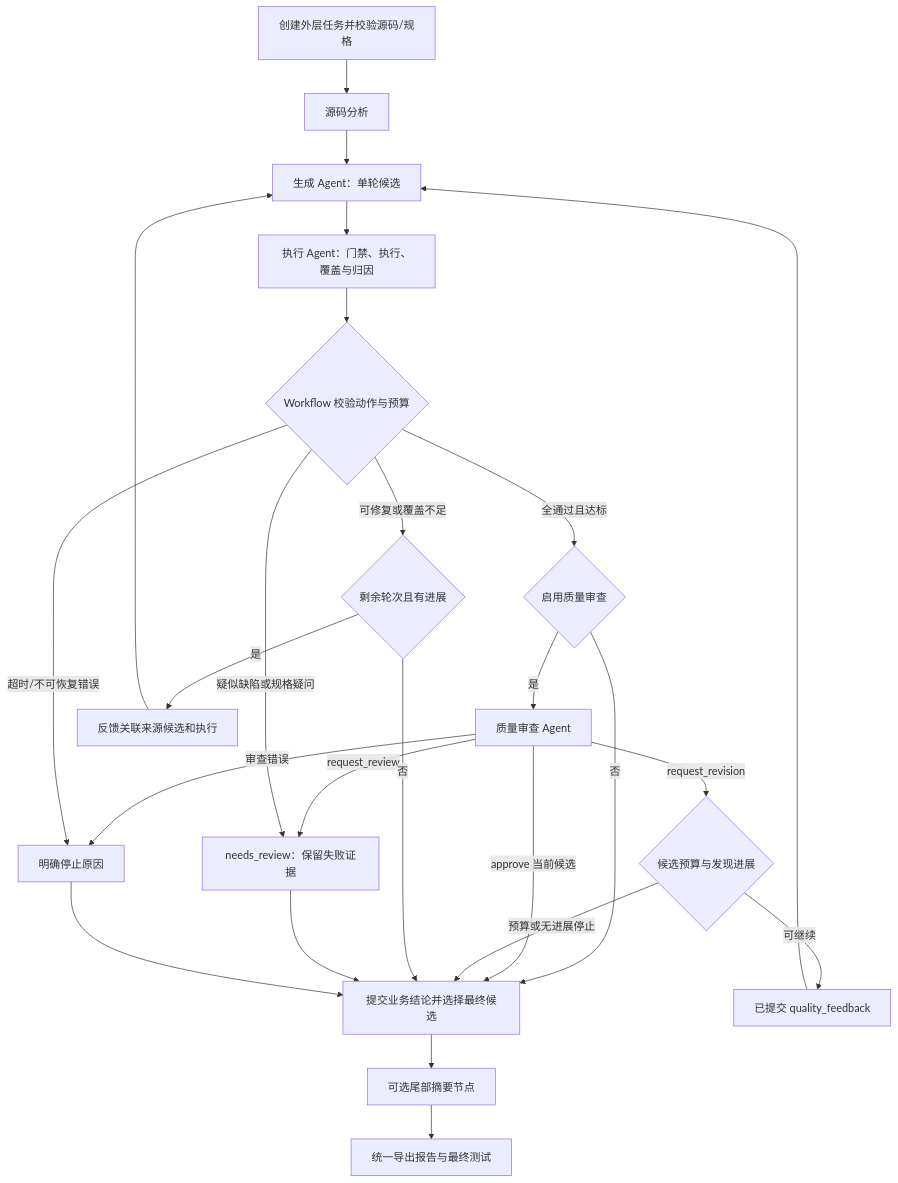
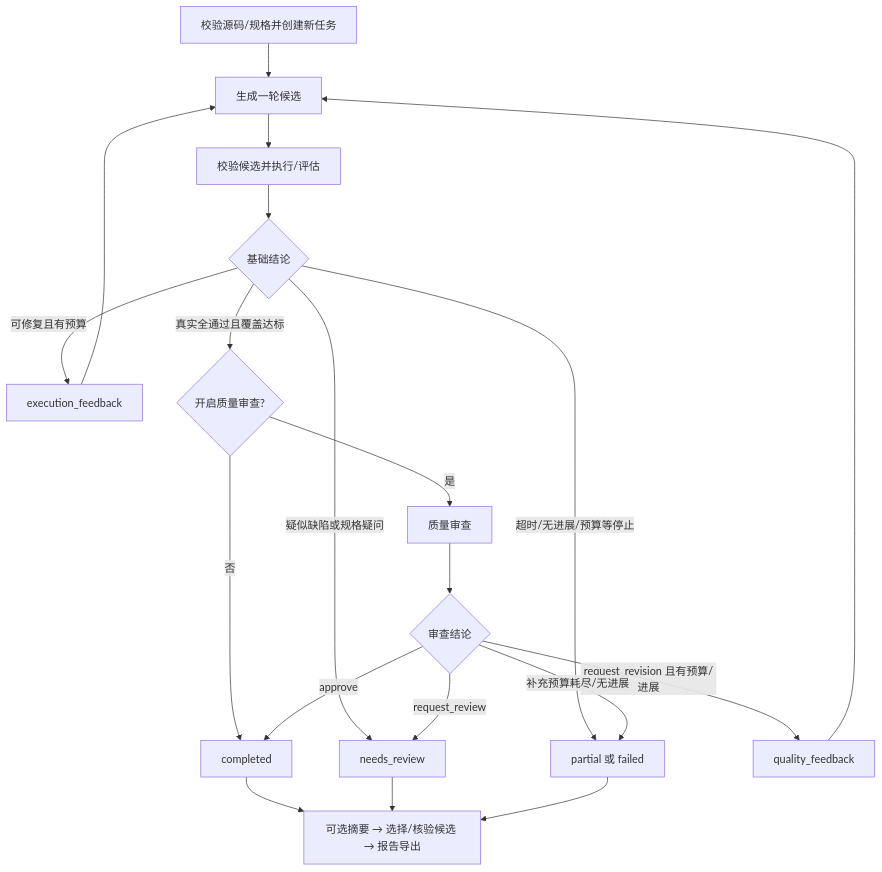
The second of 2 diagrams in Design.md (ZHZ1111/Workflow), drawn with Mermaid before and after one commit. The commit also changed other lines of this file and 82 other files, not shown here.

````diff
--- a/Design.md
+++ b/Design.md
@@ -38,27 +35,22 @@
 ```mermaid
 flowchart TD
-    I[创建外层任务并校验源码/规格] --> A[源码分析]
-    A --> G[生成 Agent：单轮候选]
-    G --> E[执行 Agent：门禁、执行、覆盖与归因]
-    E --> D{Workflow 校验动作与预算}
-    D -->|全通过且达标| EN{启用质量审查}
-    EN -->|否| R[提交业务结论并选择最终候选]
-    EN -->|是| Q[质量审查 Agent]
-    Q -->|approve 当前候选| R
-    Q -->|request_revision| QB{候选预算与发现进展}
-    QB -->|可继续| QF[已提交 quality_feedback]
+    I[校验源码/规格并创建新任务] --> G[生成一轮候选]
+    G --> E[校验候选并执行/评估]
+    E --> B{基础结论}
+    B -->|可修复且有预算| F[execution_feedback]
+    F --> G
+    B -->|疑似缺陷或规格疑问| H[needs_review]
+    B -->|超时/无进展/预算等停止| T[partial 或 failed]
+    B -->|真实全通过且覆盖达标| EN{开启质量审查?}
+    EN -->|否| C[completed]
+    EN -->|是| Q[质量审查]
+    Q --> A{审查结论}
+    A -->|approve| C
+    A -->|request_review| H
+    A -->|request_revision 且有预算/进展| QF[quality_feedback]
     QF --> G
-    QB -->|预算或无进展停止| R
-    Q -->|request_review| H
-    Q -->|审查错误| X
-    D -->|可修复或覆盖不足| B{剩余轮次且有进展}
-    B -->|是| F[反馈关联来源候选和执行]
-    F --> G
-    B -->|否| R
-    D -->|疑似缺陷或规格疑问| H[needs_review：保留失败证据]
-    D -->|超时/不可恢复错误| X[明确停止原因]
-    H --> R
-    X --> R
-    R --> N[可选尾部摘要节点]
-    N --> O[统一导出报告与最终测试]
+    A -->|补充预算耗尽/无进展| T
+    C --> O[可选摘要 → 选择/核验候选 → 报告导出]
+    H --> O
+    T --> O
 ```
````
